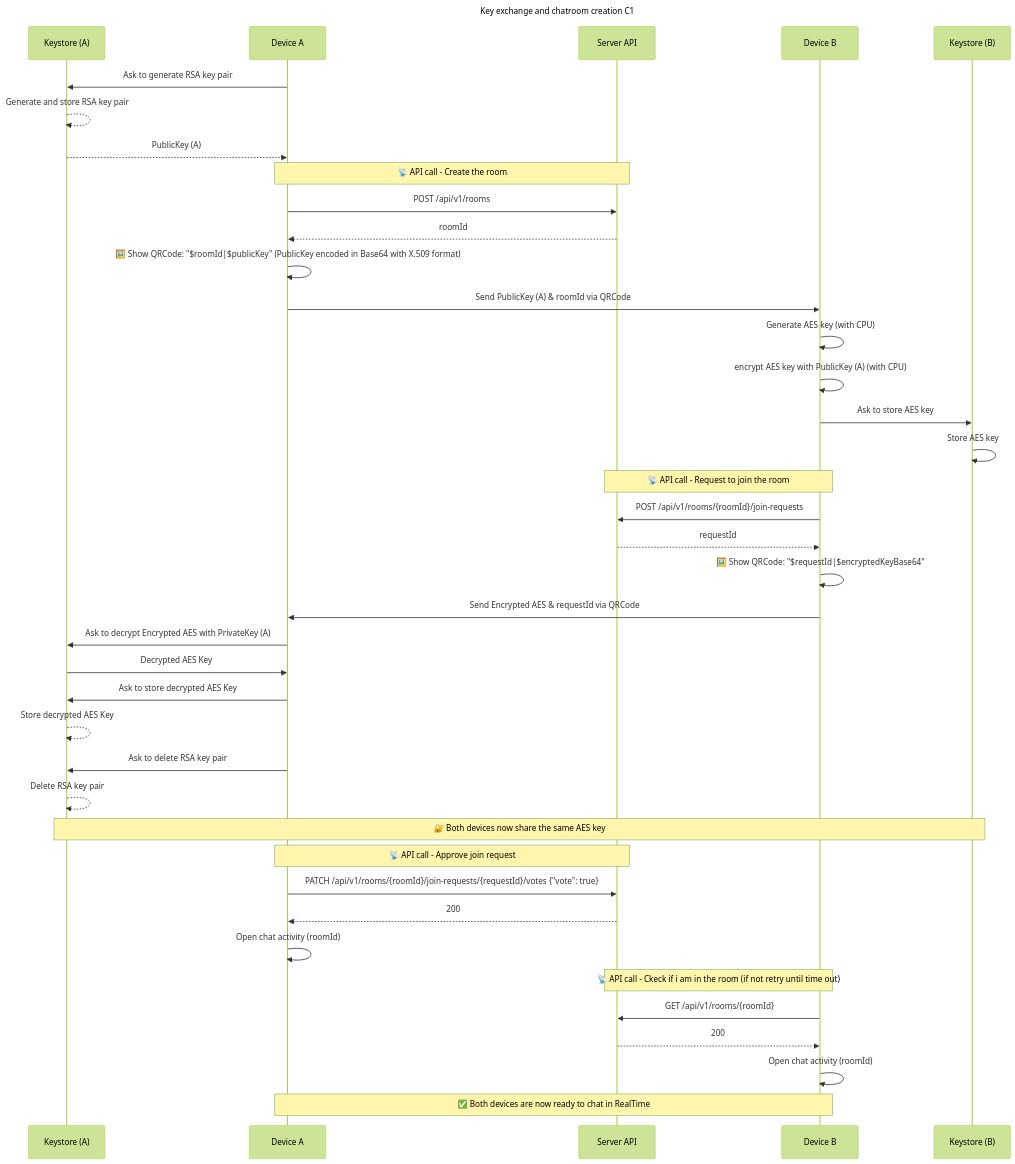
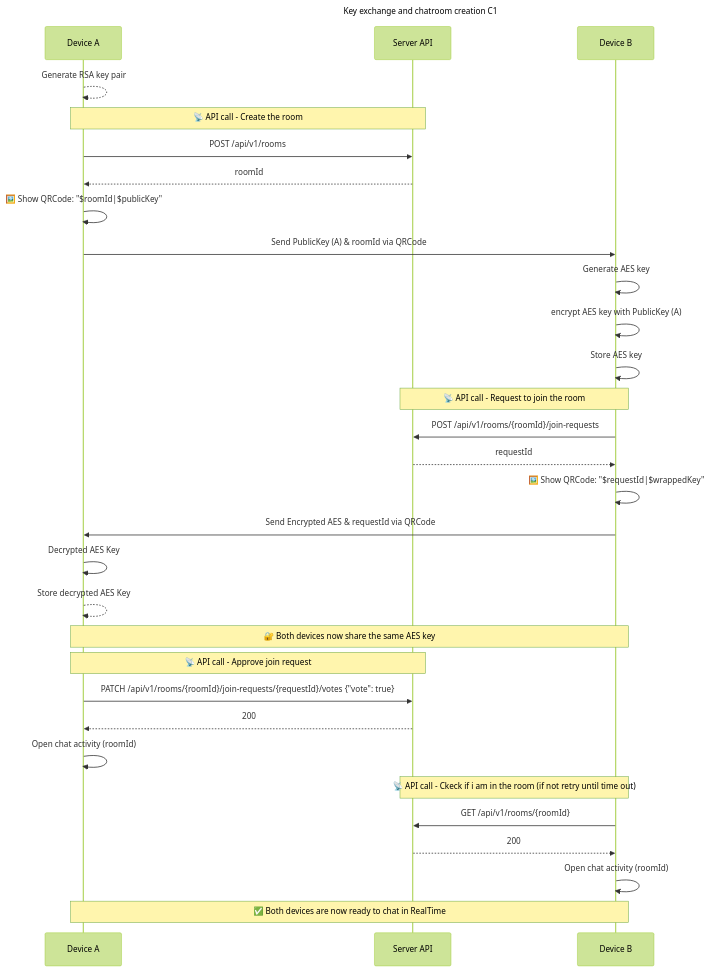
One commit to MarcoNani/RealTime changed the diagram in Docs/diagrams/C1.mmd. Above: the diagram before and after it, drawn with Mermaid (forest theme).

Commit message:
Updated key exchange diagram

```diff
--- a/Docs/diagrams/C1.mmd
+++ b/Docs/diagrams/C1.mmd
@@ -1,67 +1,57 @@
 sequenceDiagram
 Title: Key exchange and chatroom creation C1
-    participant KeystoreA as Keystore (A)
     participant A as Device A
     participant Server as Server API
     participant B as Device B
-    participant KeystoreB as Keystore (B)
 
 
-    A->>KeystoreA: Ask to generate RSA key pair
-    KeystoreA-->>KeystoreA: Generate and store RSA key pair
-    KeystoreA-->>A: PublicKey (A)
+    A-->>A: Generate RSA key pair
 
     
 
     Note over A, Server: 📡 API call - Create the room
     A->>Server: POST /api/v1/rooms
     Server-->>A: roomId
 
-    A->>A: 🖼️ Show QRCode: "$roomId|$publicKey" (PublicKey encoded in Base64 with X.509 format)
+    A->>A: 🖼️ Show QRCode: "$roomId|$publicKey"
     A->>B: Send PublicKey (A) & roomId via QRCode
 
-    B->>B: Generate AES key (with CPU)
-    B->>B: encrypt AES key with PublicKey (A) (with CPU)
+    B->>B: Generate AES key
+    B->>B: encrypt AES key with PublicKey (A)
 
-    B->>KeystoreB: Ask to store AES key
-    KeystoreB->>KeystoreB: Store AES key
+    B->>B: Store AES key
 
     Note over B, Server: 📡 API call - Request to join the room
 
     B->>Server: POST /api/v1/rooms/{roomId}/join-requests
     Server-->>B: requestId
 
 
 
-    B->>B: 🖼️ Show QRCode: "$requestId|$encryptedKeyBase64"
+    B->>B: 🖼️ Show QRCode: "$requestId|$wrappedKey"
 
     B->>A: Send Encrypted AES & requestId via QRCode
 
-    A->>KeystoreA: Ask to decrypt Encrypted AES with PrivateKey (A)
-    KeystoreA->>A: Decrypted AES Key
+    A->>A: Decrypted AES Key
 
-    A->>KeystoreA: Ask to store decrypted AES Key
-    KeystoreA-->>KeystoreA: Store decrypted AES Key
-    
-    A->>KeystoreA: Ask to delete RSA key pair
-    KeystoreA-->>KeystoreA: Delete RSA key pair
+    A-->>A: Store decrypted AES Key
 
-    Note over KeystoreA, KeystoreB: 🔐 Both devices now share the same AES key
+    Note over A, B: 🔐 Both devices now share the same AES key
 
     Note over A, Server: 📡 API call - Approve join request
     A->>Server: PATCH /api/v1/rooms/{roomId}/join-requests/{requestId}/votes    {"vote": true}
     Server-->>A: 200
 
 
     A->>A: Open chat activity (roomId)
 
     Note over B, Server: 📡 API call - Ckeck if i am in the room (if not retry until time out)
 
     B->>Server: GET /api/v1/rooms/{roomId}
     Server-->>B: 200
 
     B->>B: Open chat activity (roomId)
 
 
 
     Note over A, B: ✅ Both devices are now ready to chat in RealTime
```
